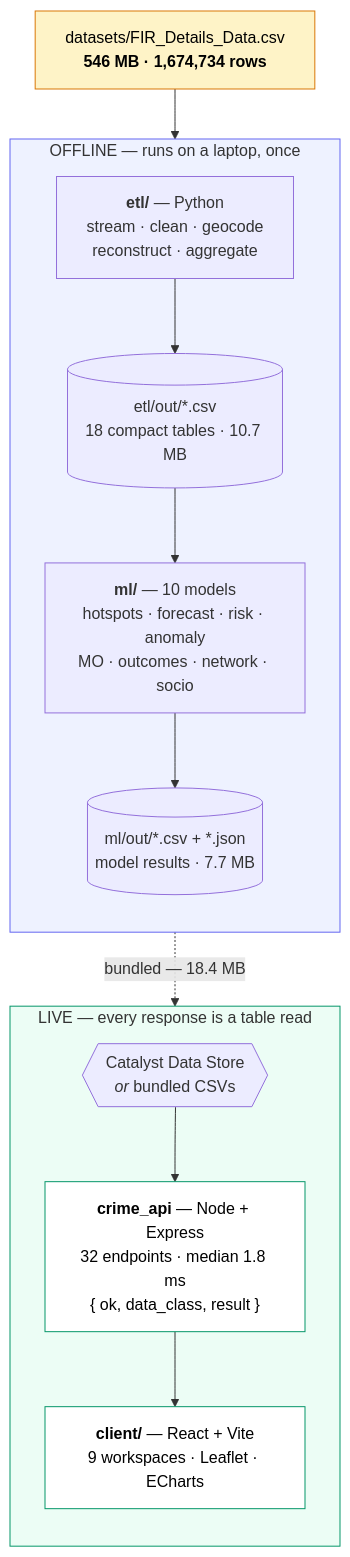
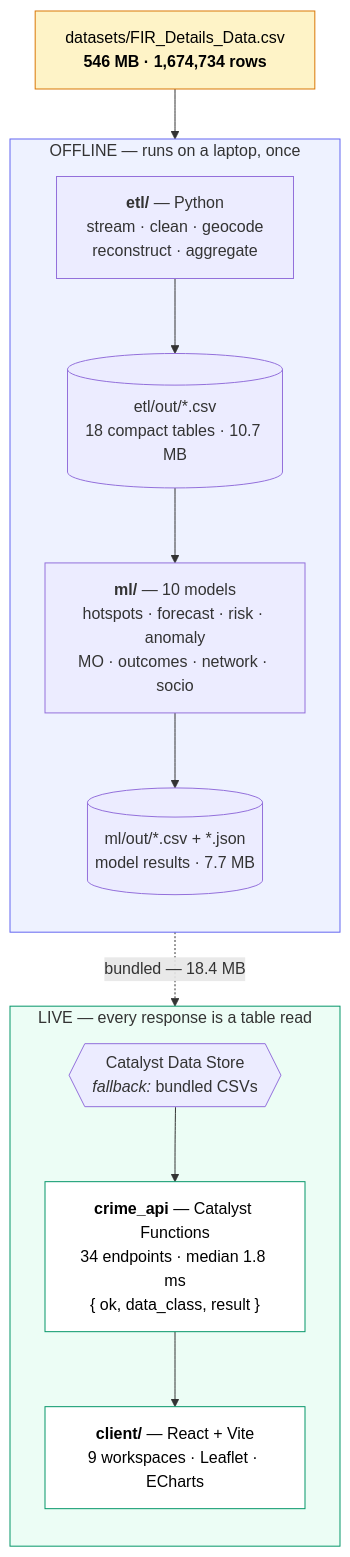
The third of 5 diagrams in README.md (AvikSrivastava10/KSP_Intelligence), drawn with Mermaid before and after one commit. The commit also changed other lines of this file and 4 other files, not shown here.

````diff
--- a/README.md
+++ b/README.md
@@ -366,30 +367,30 @@
 ```mermaid
 flowchart TD
     RAW["datasets/FIR_Details_Data.csv<br/><b>546 MB · 1,674,734 rows</b>"]
 
     subgraph OFFLINE["OFFLINE — runs on a laptop, once"]
         direction TB
         ETL["<b>etl/</b> — Python<br/>stream · clean · geocode<br/>reconstruct · aggregate"]
         TABLES[("etl/out/*.csv<br/>18 compact tables · 10.7 MB")]
         ML["<b>ml/</b> — 10 models<br/>hotspots · forecast · risk · anomaly<br/>MO · outcomes · network · socio"]
         RESULTS[("ml/out/*.csv + *.json<br/>model results · 7.7 MB")]
         ETL --> TABLES --> ML --> RESULTS
     end
 
     subgraph LIVE["LIVE — every response is a table read"]
         direction TB
-        API["<b>crime_api</b> — Node + Express<br/>32 endpoints · median 1.8 ms<br/>{ ok, data_class, result }"]
-        STORE{{"Catalyst Data Store<br/><i>or</i> bundled CSVs"}}
+        API["<b>crime_api</b> — Catalyst Functions<br/>34 endpoints · median 1.8 ms<br/>{ ok, data_class, result }"]
+        STORE{{"Catalyst Data Store<br/><i>fallback:</i> bundled CSVs"}}
         UI["<b>client/</b> — React + Vite<br/>9 workspaces · Leaflet · ECharts"]
         STORE --> API --> UI
     end
 
     RAW --> ETL
     RESULTS -.->|"bundled — 18.4 MB"| STORE
 
     style RAW fill:#fef3c7,stroke:#d97706,color:#000
     style OFFLINE fill:#eef2ff,stroke:#6366f1
     style LIVE fill:#ecfdf5,stroke:#059669
     style API fill:#fff,stroke:#059669,color:#000
     style UI fill:#fff,stroke:#059669,color:#000
 ```
````
